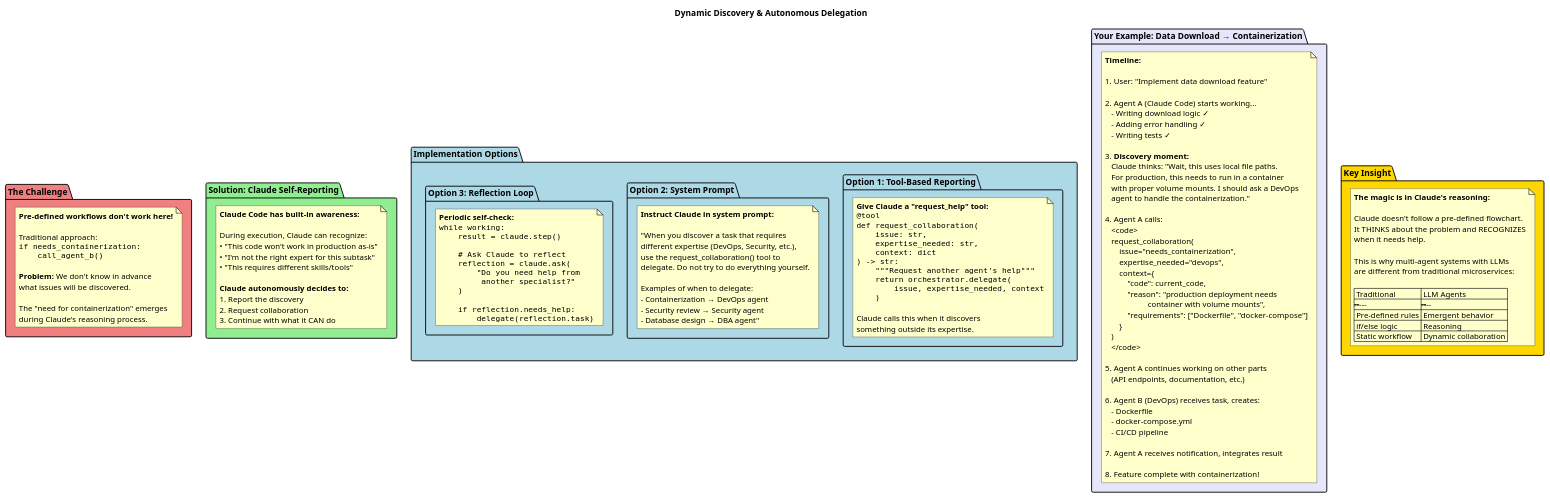
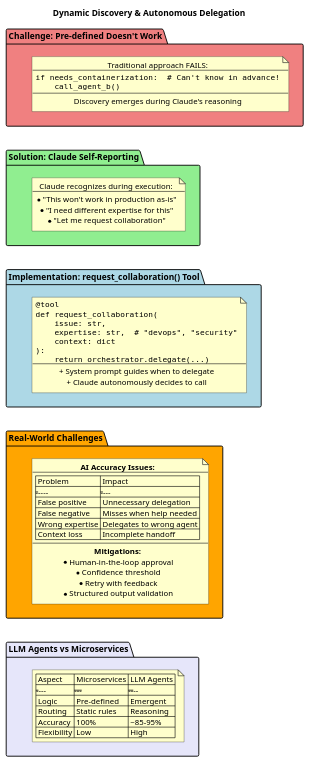
Before and after one commit to huangyingw/rayai-code-sandbox: the diagram in docs/dynamic_discovery.puml, drawn with PlantUML.

Commit message:
docs: optimize dynamic_discovery layout, add AI accuracy challenges

```diff
--- a/docs/dynamic_discovery.puml
+++ b/docs/dynamic_discovery.puml
@@ -1,169 +1,90 @@
 @startuml dynamic_discovery
 title Dynamic Discovery & Autonomous Delegation
 
-skinparam defaultTextAlignment left
+skinparam defaultTextAlignment center
 skinparam noteBackgroundColor #FFFFCC
+skinparam packageBackgroundColor #F8F8F8
+top to bottom direction
 
 ' ==================== THE PROBLEM ====================
-package "The Challenge" as challenge #LightCoral {
+package "Challenge: Pre-defined Doesn't Work" as challenge #LightCoral {
     note as problemNote
-      **Pre-defined workflows don't work here!**
-
-      Traditional approach:
+      Traditional approach FAILS:
+      ----
       <code>
-      if needs_containerization:
+      if needs_containerization:  # Can't know in advance!
           call_agent_b()
       </code>
-
-      **Problem:** We don't know in advance
-      what issues will be discovered.
-
-      The "need for containerization" emerges
-      during Claude's reasoning process.
+      ----
+      Discovery emerges during Claude's reasoning
     end note
 }
 
 ' ==================== THE SOLUTION ====================
 package "Solution: Claude Self-Reporting" as solution #LightGreen {
     note as solutionNote
-      **Claude Code has built-in awareness:**
-
-      During execution, Claude can recognize:
-      • "This code won't work in production as-is"
-      • "I'm not the right expert for this subtask"
-      • "This requires different skills/tools"
-
-      **Claude autonomously decides to:**
-      1. Report the discovery
-      2. Request collaboration
-      3. Continue with what it CAN do
+      Claude recognizes during execution:
+      ----
+      * "This won't work in production as-is"
+      * "I need different expertise for this"
+      * "Let me request collaboration"
     end note
 }
 
 ' ==================== IMPLEMENTATION ====================
-package "Implementation Options" as impl #LightBlue {
-
-    package "Option 1: Tool-Based Reporting" as opt1 {
-        note as opt1Note
-          **Give Claude a "request_help" tool:**
-          <code>
-          @tool
-          def request_collaboration(
-              issue: str,
-              expertise_needed: str,
-              context: dict
-          ) -> str:
-              """Request another agent's help"""
-              return orchestrator.delegate(
-                  issue, expertise_needed, context
-              )
-          </code>
-
-          Claude calls this when it discovers
-          something outside its expertise.
-        end note
-    }
-
-    package "Option 2: System Prompt" as opt2 {
-        note as opt2Note
-          **Instruct Claude in system prompt:**
-
-          "When you discover a task that requires
-          different expertise (DevOps, Security, etc.),
-          use the request_collaboration() tool to
-          delegate. Do not try to do everything yourself.
-
-          Examples of when to delegate:
-          - Containerization → DevOps agent
-          - Security review → Security agent
-          - Database design → DBA agent"
-        end note
-    }
-
-    package "Option 3: Reflection Loop" as opt3 {
-        note as opt3Note
-          **Periodic self-check:**
-          <code>
-          while working:
-              result = claude.step()
-              
-              # Ask Claude to reflect
-              reflection = claude.ask(
-                  "Do you need help from
-                   another specialist?"
-              )
-              
-              if reflection.needs_help:
-                  delegate(reflection.task)
-          </code>
-        end note
-    }
+package "Implementation: request_collaboration() Tool" as impl #LightBlue {
+    note as implNote
+      <code>
+      @tool
+      def request_collaboration(
+          issue: str,
+          expertise: str,  # "devops", "security"
+          context: dict
+      ):
+          return orchestrator.delegate(...)
+      </code>
+      ----
+      + System prompt guides when to delegate
+      + Claude autonomously decides to call
+    end note
 }
 
-' ==================== CONCRETE EXAMPLE ====================
-package "Your Example: Data Download → Containerization" as example #Lavender {
-    note as exampleNote
-      **Timeline:**
-
-      1. User: "Implement data download feature"
-
-      2. Agent A (Claude Code) starts working...
-         - Writing download logic ✓
-         - Adding error handling ✓
-         - Writing tests ✓
-
-      3. **Discovery moment:**
-         Claude thinks: "Wait, this uses local file paths.
-         For production, this needs to run in a container
-         with proper volume mounts. I should ask a DevOps
-         agent to handle the containerization."
-
-      4. Agent A calls:
-         <code>
-         request_collaboration(
-             issue="needs_containerization",
-             expertise_needed="devops",
-             context={
-                 "code": current_code,
-                 "reason": "production deployment needs
-                           container with volume mounts",
-                 "requirements": ["Dockerfile", "docker-compose"]
-             }
-         )
-         </code>
-
-      5. Agent A continues working on other parts
-         (API endpoints, documentation, etc.)
-
-      6. Agent B (DevOps) receives task, creates:
-         - Dockerfile
-         - docker-compose.yml
-         - CI/CD pipeline
-
-      7. Agent A receives notification, integrates result
-
-      8. Feature complete with containerization!
+' ==================== CHALLENGES ====================
+package "Real-World Challenges" as challenges #Orange {
+    note as challengeNote
+      **AI Accuracy Issues:**
+      ----
+      | Problem | Impact |
+      |---------|--------|
+      | False positive | Unnecessary delegation |
+      | False negative | Misses when help needed |
+      | Wrong expertise | Delegates to wrong agent |
+      | Context loss | Incomplete handoff |
+      ----
+      **Mitigations:**
+      * Human-in-the-loop approval
+      * Confidence threshold
+      * Retry with feedback
+      * Structured output validation
     end note
 }
 
 ' ==================== KEY INSIGHT ====================
-package "Key Insight" as insight #Gold {
+package "LLM Agents vs Microservices" as insight #Lavender {
     note as insightNote
-      **The magic is in Claude's reasoning:**
-
-      Claude doesn't follow a pre-defined flowchart.
-      It THINKS about the problem and RECOGNIZES
-      when it needs help.
-
-      This is why multi-agent systems with LLMs
-      are different from traditional microservices:
-
-      | Traditional | LLM Agents |
-      |-------------|------------|
-      | Pre-defined rules | Emergent behavior |
-      | if/else logic | Reasoning |
-      | Static workflow | Dynamic collaboration |
+      | Aspect | Microservices | LLM Agents |
+      |--------|---------------|------------|
+      | Logic | Pre-defined | Emergent |
+      | Routing | Static rules | Reasoning |
+      | Accuracy | 100% | ~85-95% |
+      | Flexibility | Low | High |
     end note
 }
 
+' Force vertical layout
+challenge -[hidden]down-> solution
+solution -[hidden]down-> impl
+impl -[hidden]down-> challenges
+challenges -[hidden]down-> insight
+
 @enduml
```
